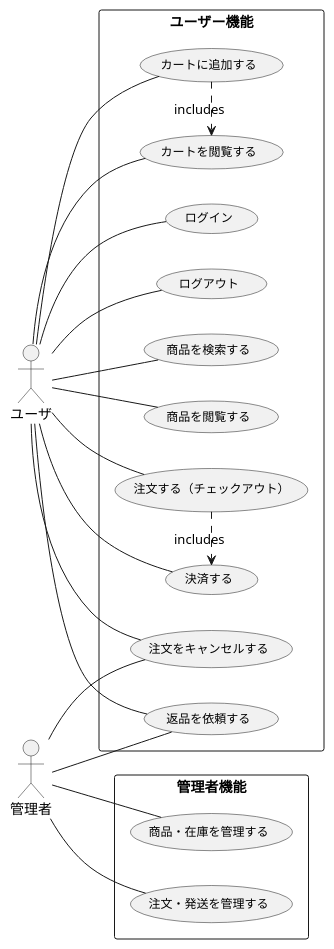
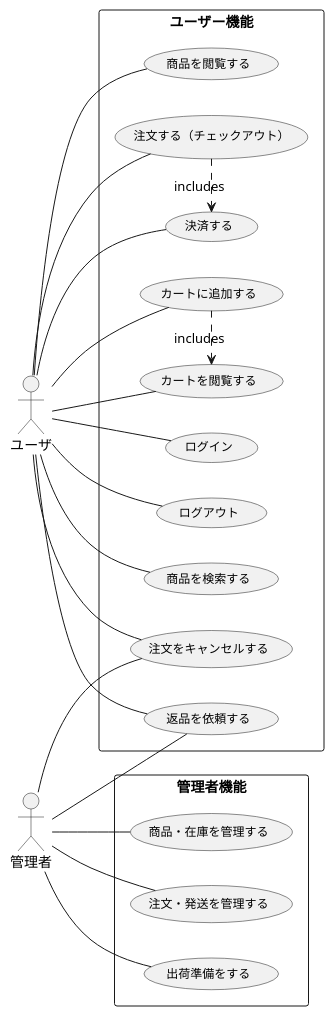
One commit to ghbuser12/ohara_uml changed the diagram in BBshop/usecase.pu. Above: the diagram before and after it, drawn with PlantUML.

```diff
--- a/BBshop/usecase.pu
+++ b/BBshop/usecase.pu
@@ -1,47 +1,49 @@
 @startuml usecase_ec
 left to right direction
 skinparam usecase {
   FontSize 12
 }
 
 actor ユーザ as User
 actor 管理者 as Admin
 
 rectangle "ユーザー機能" {
   usecase UC01 as "ログイン"
   usecase UC02 as "ログアウト"
   usecase UC03 as "商品を検索する"
   usecase UC04 as "商品を閲覧する"
   usecase UC05 as "カートに追加する"
   usecase UC06 as "カートを閲覧する"
   usecase UC07 as "注文する（チェックアウト）"
   usecase UC08 as "注文をキャンセルする"
   usecase UC09 as "返品を依頼する"
   usecase UC10 as "決済する"
 }
 
 rectangle "管理者機能" {
   usecase UC11 as "商品・在庫を管理する"
   usecase UC12 as "注文・発送を管理する"
+  usecase UC13 as "出荷準備をする"
 }
 
 User -- UC01
 User -- UC02
 User -- UC03
 User -- UC04
 User -- UC05
 User -- UC06
 User -- UC07
 User -- UC08
 User -- UC09
 User -- UC10
 
 Admin -- UC11
 Admin -- UC12
 Admin -- UC08
 Admin -- UC09
+Admin -- UC13
 
 UC07 .> UC10 : includes
 UC05 .> UC06 : includes
 
 @enduml
```
